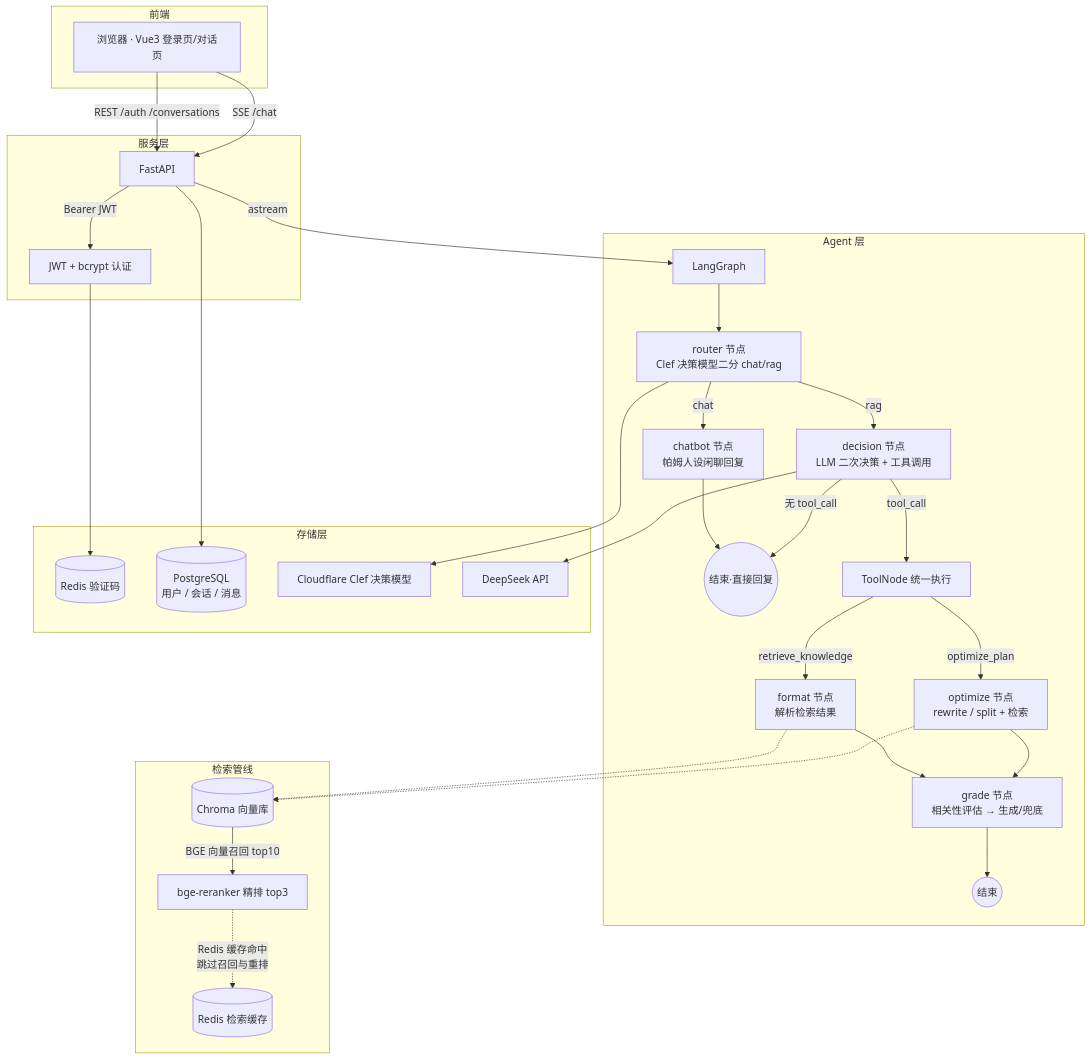
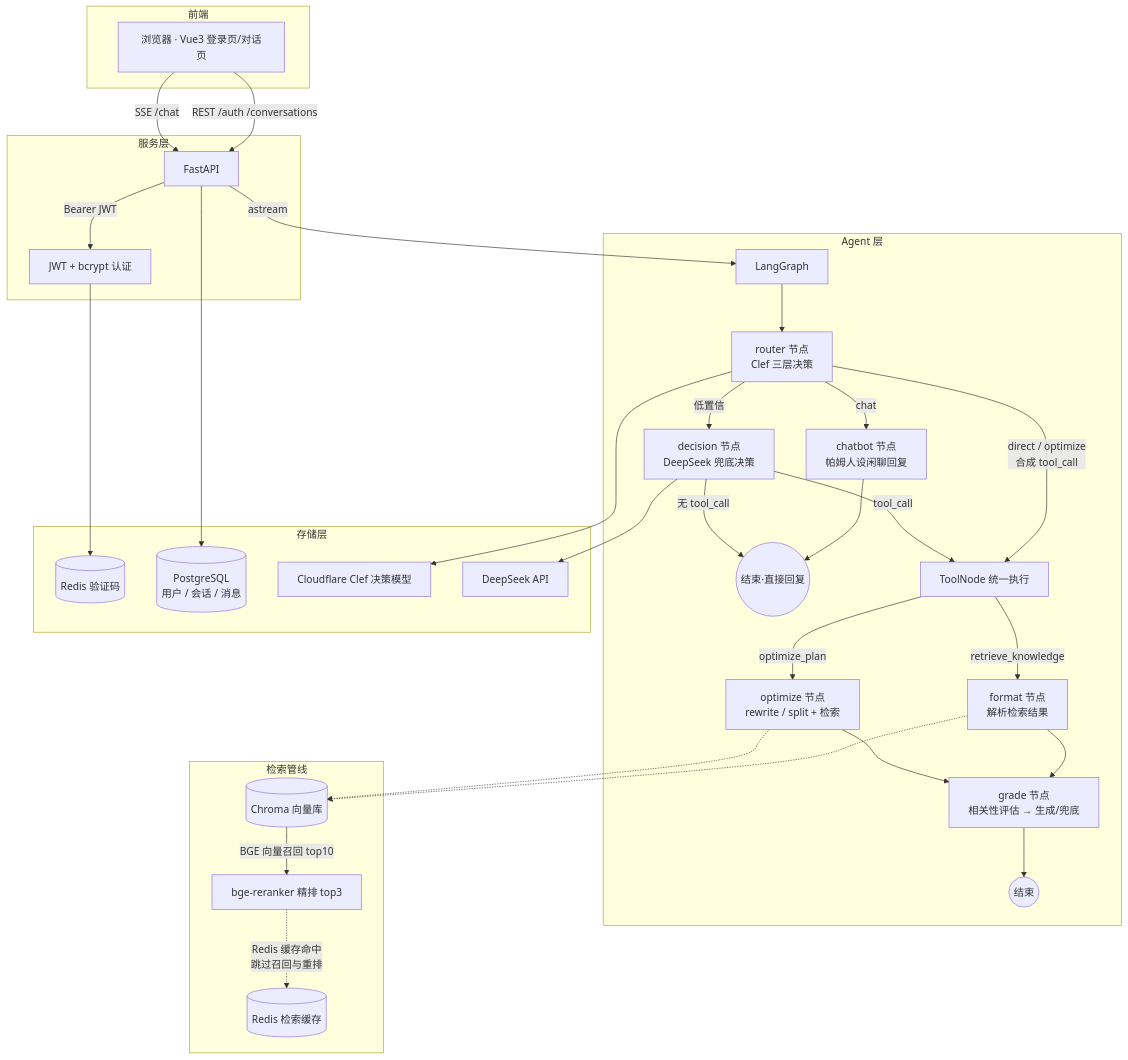
The diagram in README.md (Heliostao/pamu-assist), drawn with Mermaid before and after one commit. The commit also changed other lines of this file and 6 other files, not shown here.

Commit message:
feat: V2.6 三层意图决策 + 检索过渡提示

````diff
--- a/README.md
+++ b/README.md
@@ -67,41 +72,42 @@
 ```mermaid
 graph TB
     subgraph 前端
         U[浏览器 · Vue3 登录页/对话页]
     end
 
     subgraph 服务层
         U -->|REST /auth /conversations| API[FastAPI]
         U -->|SSE /chat| API
         API -->|Bearer JWT| AUTH[JWT + bcrypt 认证]
     end
 
     subgraph Agent 层
         API -->|astream| LG[LangGraph]
-        LG --> RT[router 节点<br/>Clef 决策模型二分 chat/rag]
+        LG --> RT[router 节点<br/>Clef 三层决策]
         RT -->|chat| CB[chatbot 节点<br/>帕姆人设闲聊回复]
         CB --> E1((结束·直接回复))
-        RT -->|rag| DC[decision 节点<br/>LLM 二次决策 + 工具调用]
+        RT -->|direct / optimize<br/>合成 tool_call| TN[ToolNode 统一执行]
+        RT -->|低置信| DC[decision 节点<br/>DeepSeek 兜底决策]
         DC -->|无 tool_call| E1
-        DC -->|tool_call| TN[ToolNode 统一执行]
+        DC -->|tool_call| TN
         TN -->|retrieve_knowledge| FMT[format 节点<br/>解析检索结果]
         TN -->|optimize_plan| OPT[optimize 节点<br/>rewrite / split + 检索]
         FMT --> GD[grade 节点<br/>相关性评估 → 生成/兜底]
         OPT --> GD
         GD --> E2((结束))
     end
 
     subgraph 检索管线
         VS[(Chroma 向量库)] -->|BGE 向量召回 top10| RR[bge-reranker 精排 top3]
         FMT -.-> VS
         OPT -.-> VS
         RR -.->|Redis 缓存命中<br/>跳过召回与重排| RD2[(Redis 检索缓存)]
     end
 
     subgraph 存储层
         AUTH --> RD[(Redis 验证码)]
         API --> PG[(PostgreSQL<br/>用户 / 会话 / 消息)]
         RT --> CF[Cloudflare Clef 决策模型]
         DC --> DS[DeepSeek API]
     end
 ```
````
